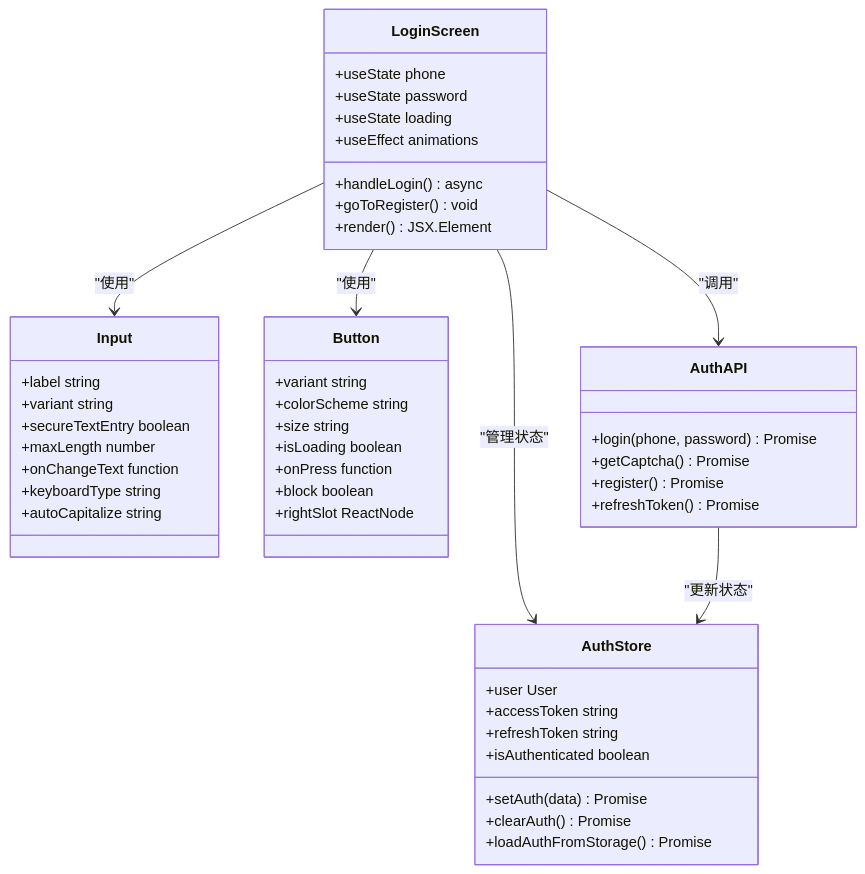
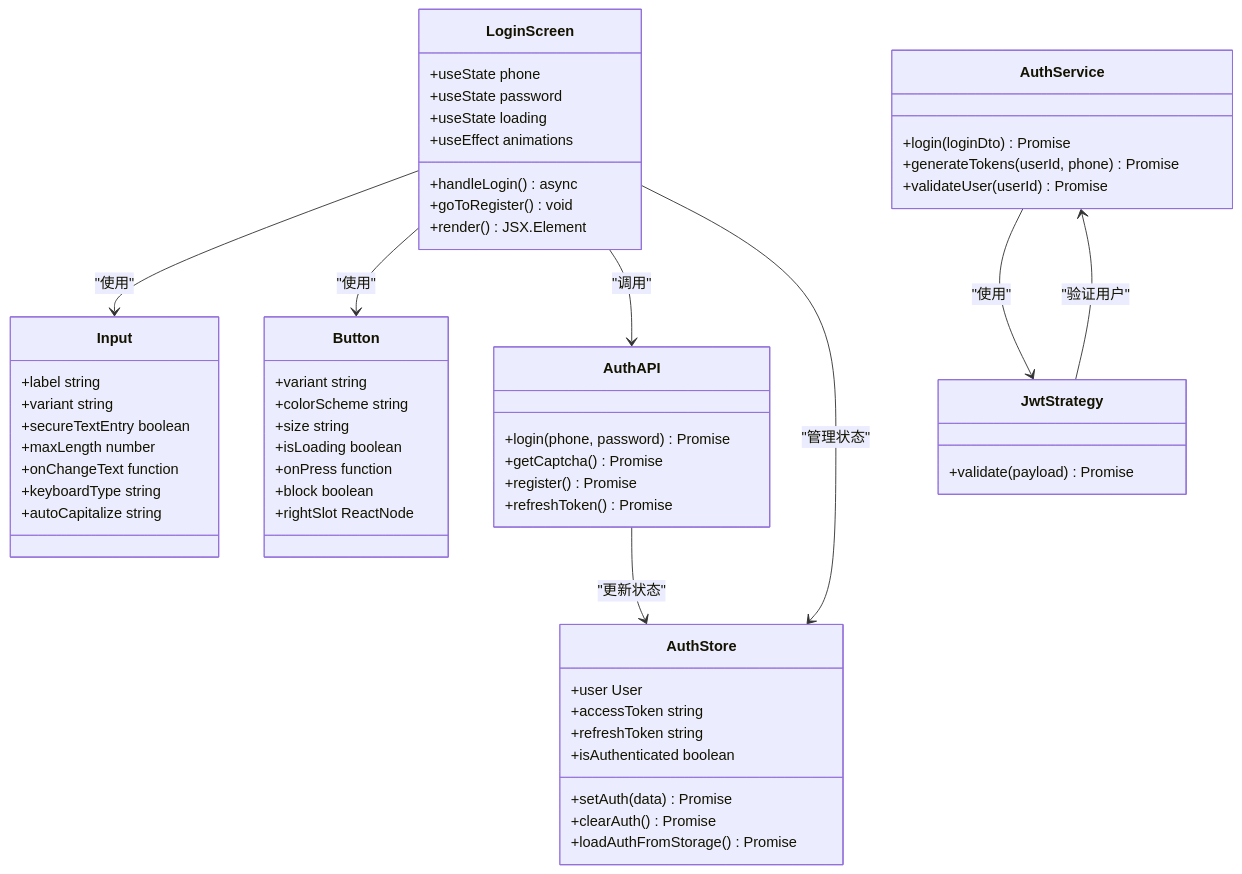
One commit to lsqwawa/free-dress changed the second of 21 diagrams in .qoder/repowiki/zh/content/前端开发指南/页面架构/认证页面/登录页面.md. Above: the diagram before and after it, drawn with Mermaid. The commit also changed other lines of this file and 55 other files, not shown here.

````diff
--- a/.qoder/repowiki/zh/content/前端开发指南/页面架构/认证页面/登录页面.md
+++ b/.qoder/repowiki/zh/content/前端开发指南/页面架构/认证页面/登录页面.md
@@ -85,50 +107,60 @@
 ```mermaid
 classDiagram
 class LoginScreen {
 +useState phone
 +useState password
 +useState loading
 +useEffect animations
 +handleLogin() async
 +goToRegister() void
 +render() JSX.Element
 }
 class Input {
 +label string
 +variant string
 +secureTextEntry boolean
 +maxLength number
 +onChangeText function
 +keyboardType string
 +autoCapitalize string
 }
 class Button {
 +variant string
 +colorScheme string
 +size string
 +isLoading boolean
 +onPress function
 +block boolean
 +rightSlot ReactNode
 }
 class AuthAPI {
 +login(phone, password) Promise
 +getCaptcha() Promise
 +register() Promise
 +refreshToken() Promise
 }
 class AuthStore {
 +user User
 +accessToken string
 +refreshToken string
 +isAuthenticated boolean
 +setAuth(data) Promise
 +clearAuth() Promise
 +loadAuthFromStorage() Promise
 }
+class AuthService {
++login(loginDto) Promise
++generateTokens(userId, phone) Promise
++validateUser(userId) Promise
+}
+class JwtStrategy {
++validate(payload) Promise
+}
 LoginScreen --> Input : "使用"
 LoginScreen --> Button : "使用"
 LoginScreen --> AuthAPI : "调用"
 LoginScreen --> AuthStore : "管理状态"
 AuthAPI --> AuthStore : "更新状态"
+AuthService --> JwtStrategy : "使用"
+JwtStrategy --> AuthService : "验证用户"
 ```
````
